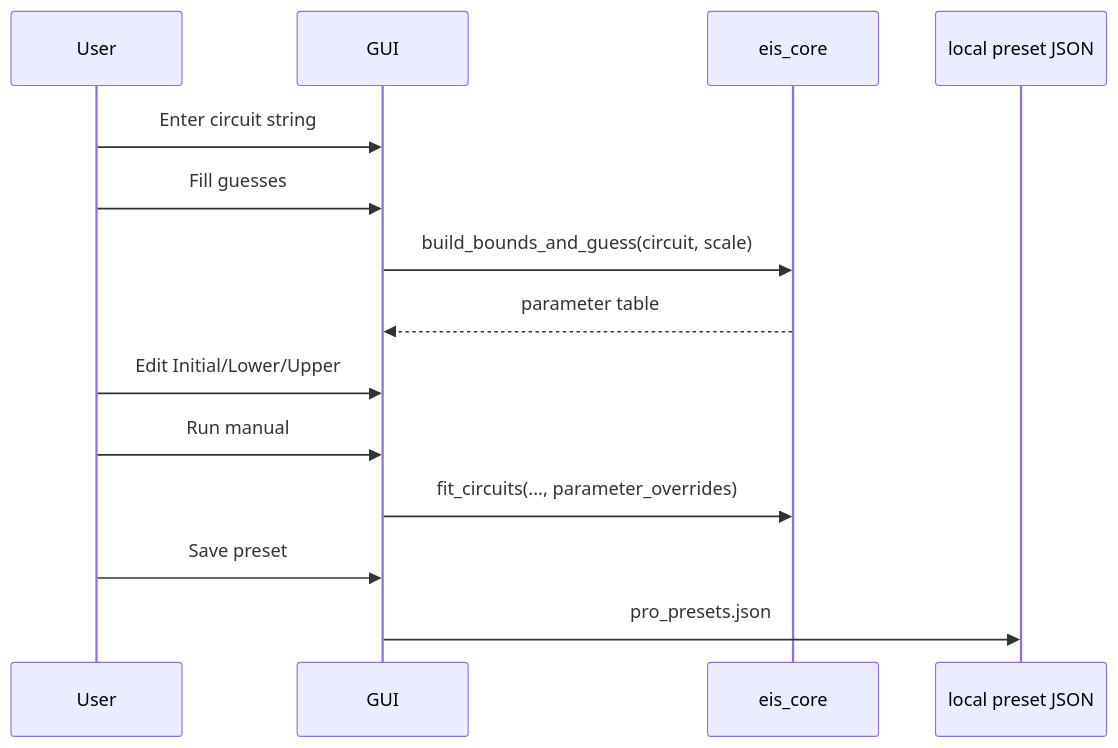
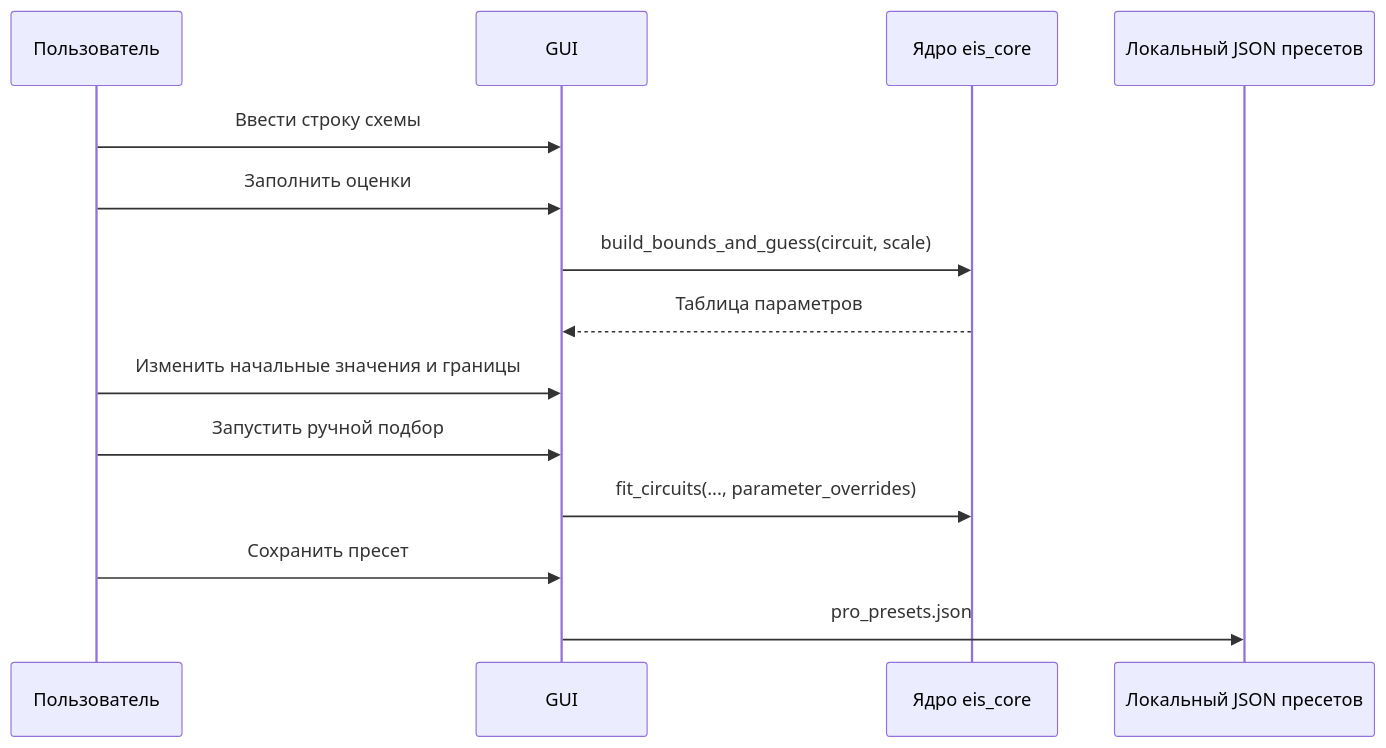
One commit to stpntrsvv/eis changed the diagram in docs/EIS Solver Vault/07 Pro Mode And Presets.md. Above: the diagram before and after it, drawn with Mermaid. The commit also changed other lines of this file and 61 other files, not shown here.

````diff
--- a/docs/EIS Solver Vault/07 Pro Mode And Presets.md
+++ b/docs/EIS Solver Vault/07 Pro Mode And Presets.md
@@ -37,17 +69,17 @@
 ```mermaid
 sequenceDiagram
-    participant User
+    participant User as Пользователь
     participant GUI
-    participant Core as eis_core
-    participant Store as local preset JSON
+    participant Core as Ядро eis_core
+    participant Store as Локальный JSON пресетов
 
-    User->>GUI: Enter circuit string
-    User->>GUI: Fill guesses
+    User->>GUI: Ввести строку схемы
+    User->>GUI: Заполнить оценки
     GUI->>Core: build_bounds_and_guess(circuit, scale)
-    Core-->>GUI: parameter table
-    User->>GUI: Edit Initial/Lower/Upper
-    User->>GUI: Run manual
+    Core-->>GUI: Таблица параметров
+    User->>GUI: Изменить начальные значения и границы
+    User->>GUI: Запустить ручной подбор
     GUI->>Core: fit_circuits(..., parameter_overrides)
-    User->>GUI: Save preset
+    User->>GUI: Сохранить пресет
     GUI->>Store: pro_presets.json
 ```
````
